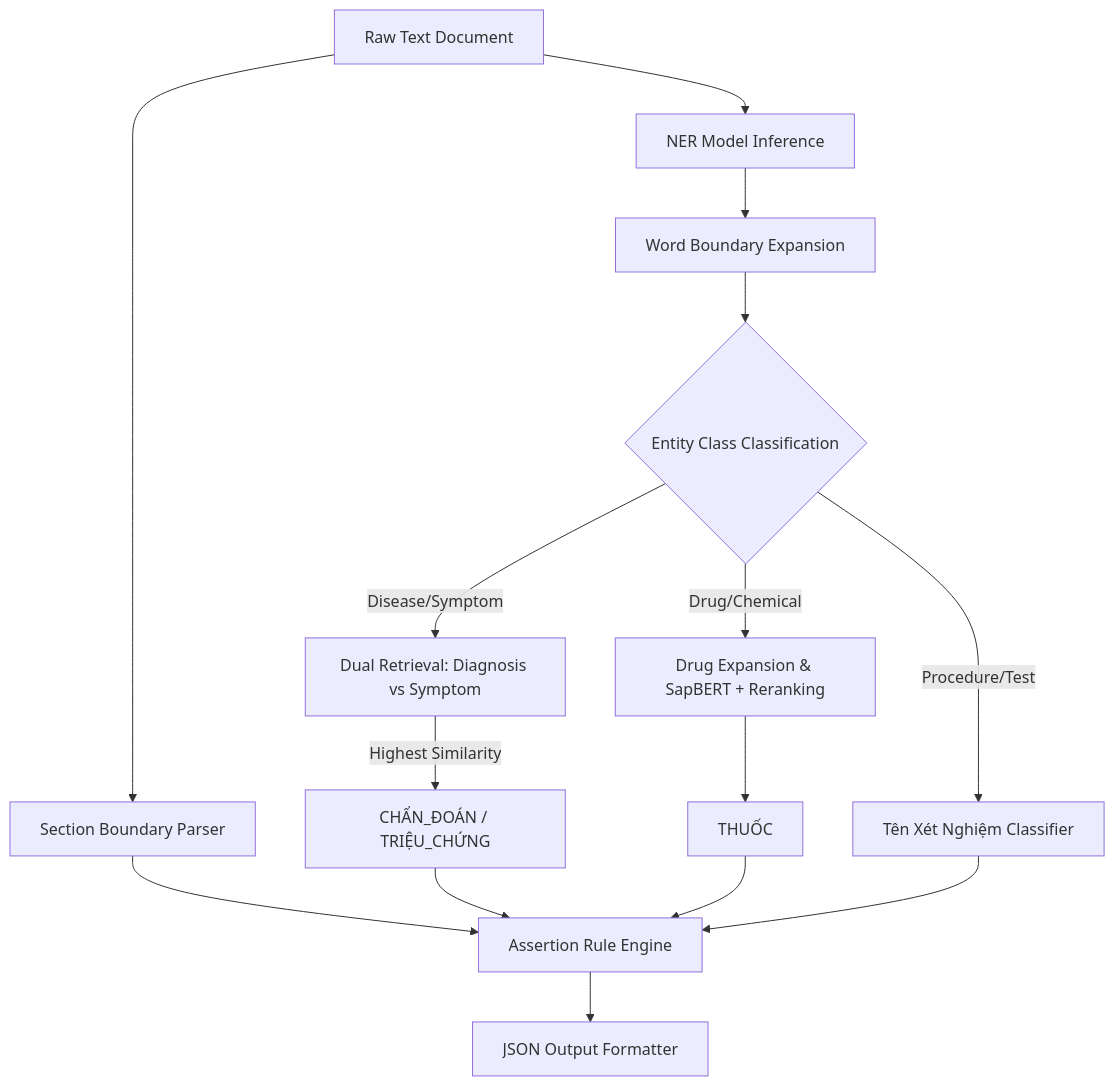
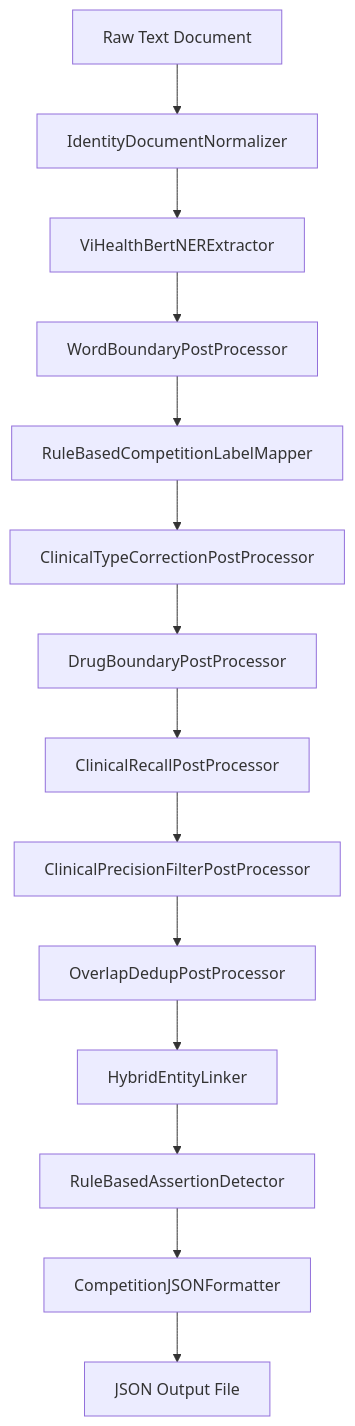
One commit to GinHikat/Ontological-Reasoning-in-Medical-Knowledge-Retrieval changed the diagram in docs/tung/explanation.md. Above: the diagram before and after it, drawn with Mermaid. The commit also changed other lines of this file and 10 other files, not shown here.

Commit message:
Refactor pipelines to OOP architecture and update V6 results with traces parallel output

````diff
--- a/docs/tung/explanation.md
+++ b/docs/tung/explanation.md
@@ -97,17 +102,16 @@
 ```mermaid
 graph TD
-    A[Raw Text Document] --> B[Section Boundary Parser]
-    A --> C[NER Model Inference]
-    B --> H[Assertion Rule Engine]
-    C --> D[Word Boundary Expansion]
-    D --> E{Entity Class Classification}
-    E -->|Disease/Symptom| F[Dual Retrieval: Diagnosis vs Symptom]
-    E -->|Drug/Chemical| G[Drug Expansion & SapBERT + Reranking]
-    E -->|Procedure/Test| I[Tên Xét Nghiệm Classifier]
-    F -->|Highest Similarity| J[CHẨN_ĐOÁN / TRIỆU_CHỨNG]
-    G --> K[THUỐC]
-    J --> H
-    K --> H
-    I --> H
-    H --> L[JSON Output Formatter]
+    A[Raw Text Document] --> B[IdentityDocumentNormalizer]
+    B --> C[ViHealthBertNERExtractor]
+    C --> D[WordBoundaryPostProcessor]
+    D --> E[RuleBasedCompetitionLabelMapper]
+    E --> F[ClinicalTypeCorrectionPostProcessor]
+    F --> G[DrugBoundaryPostProcessor]
+    G --> H[ClinicalRecallPostProcessor]
+    H --> I[ClinicalPrecisionFilterPostProcessor]
+    I --> J[OverlapDedupPostProcessor]
+    J --> K[HybridEntityLinker]
+    K --> L[RuleBasedAssertionDetector]
+    L --> M[CompetitionJSONFormatter]
+    M --> N[JSON Output File]
 ```
````
